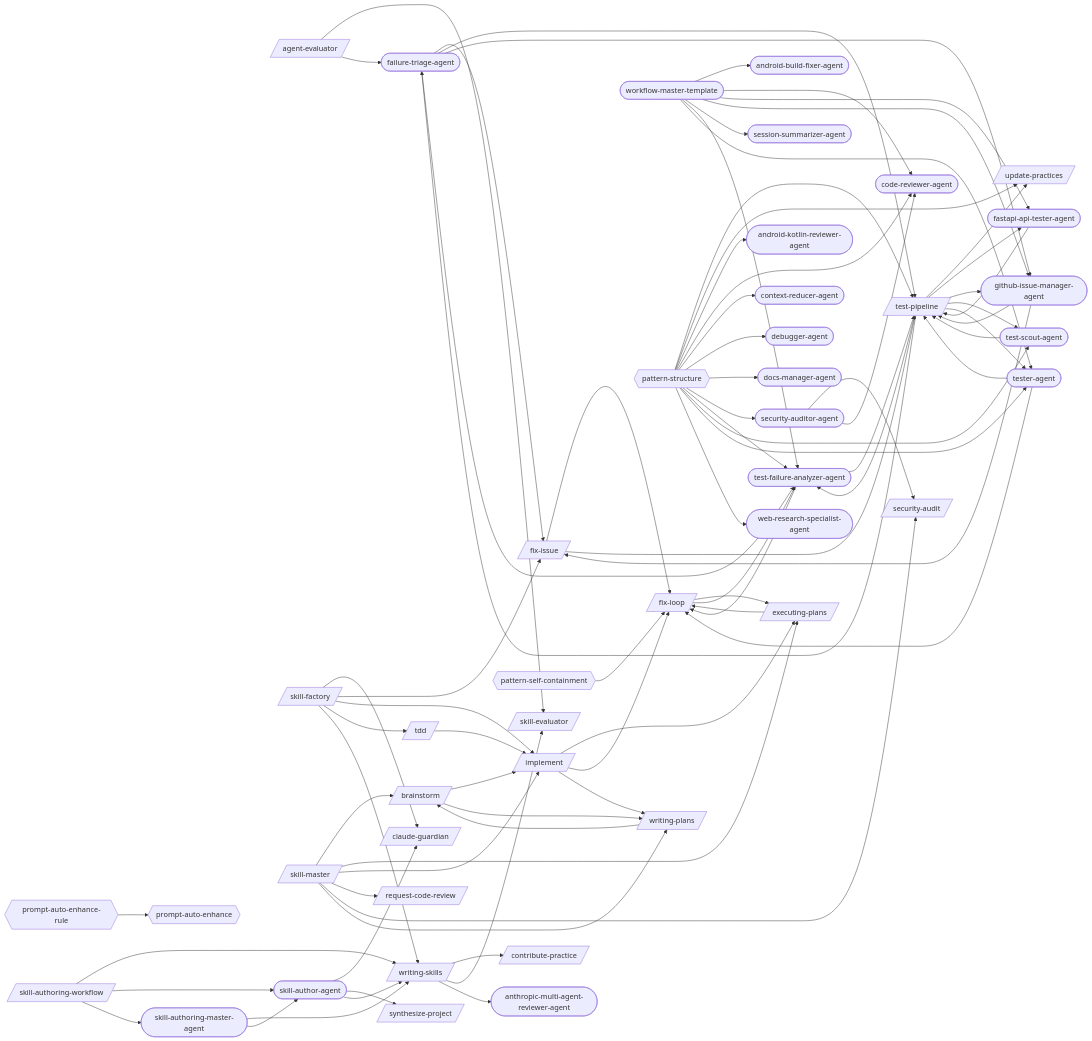
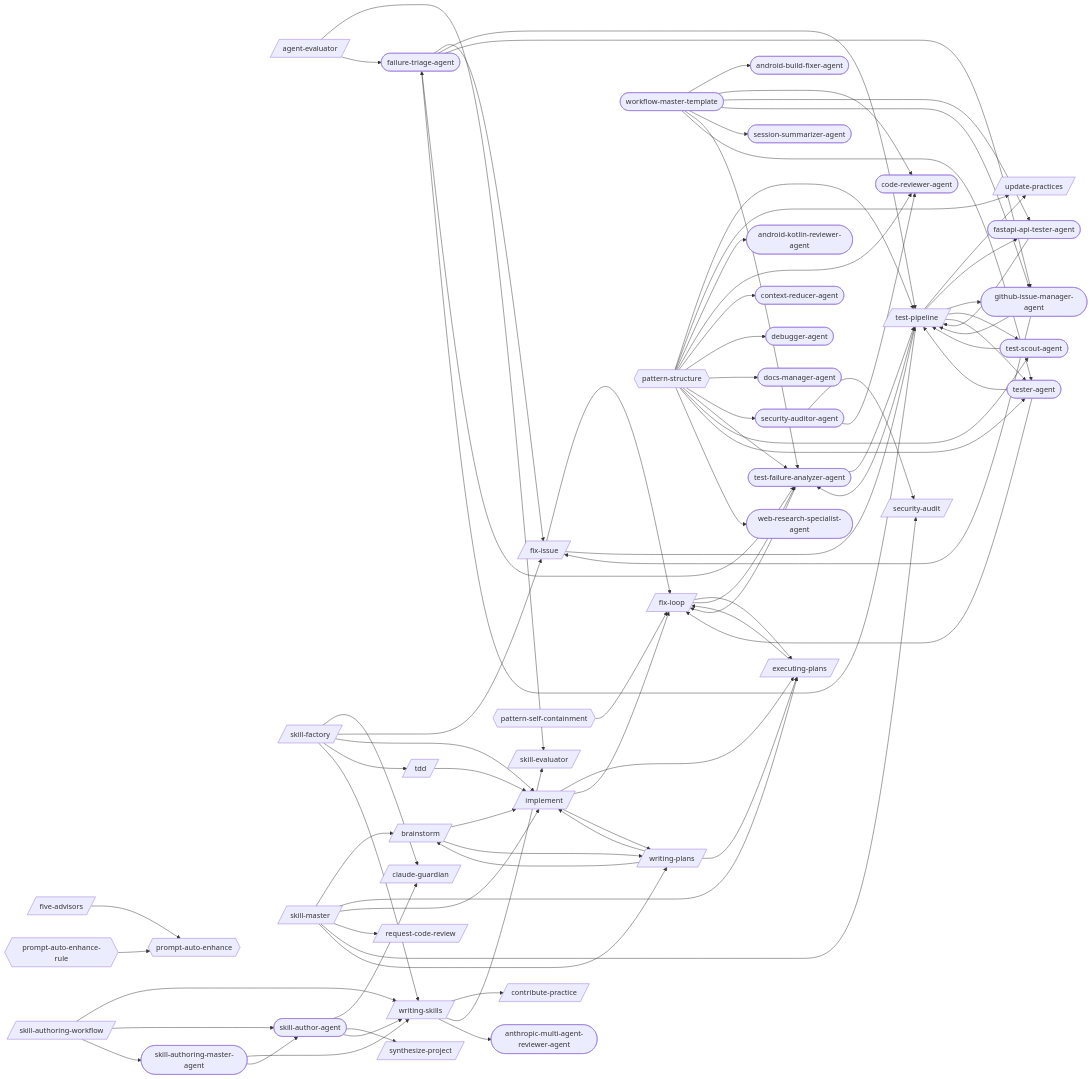
Before and after one commit to abhayla/claude-best-practices: the first of 25 diagrams in docs/workflows/skill-authoring.md, drawn with Mermaid. The commit also changed other lines of this file and 12 other files, not shown here.

```diff
--- a/docs/workflows/skill-authoring.md
+++ b/docs/workflows/skill-authoring.md
@@ -13,6 +13,7 @@
     claude_guardian[/claude-guardian/]
     contribute_practice[/contribute-practice/]
     executing_plans[/executing-plans/]
+    five_advisors[/five-advisors/]
     fix_issue[/fix-issue/]
     fix_loop[/fix-loop/]
     implement[/implement/]
@@ -56,6 +57,7 @@
     brainstorm --> implement
     brainstorm --> writing_plans
     executing_plans --> fix_loop
+    five_advisors --> prompt_auto_enhance
     fix_issue --> fix_loop
     fix_issue --> test_pipeline
     fix_loop --> executing_plans
@@ -86,6 +88,8 @@
     test_pipeline --> test_scout_agent
     test_pipeline --> tester_agent
     writing_plans --> brainstorm
+    writing_plans --> executing_plans
+    writing_plans --> implement
     writing_skills --> contribute_practice
     writing_skills --> skill_evaluator
     writing_skills --> anthropic_multi_agent_reviewer_agent
```
